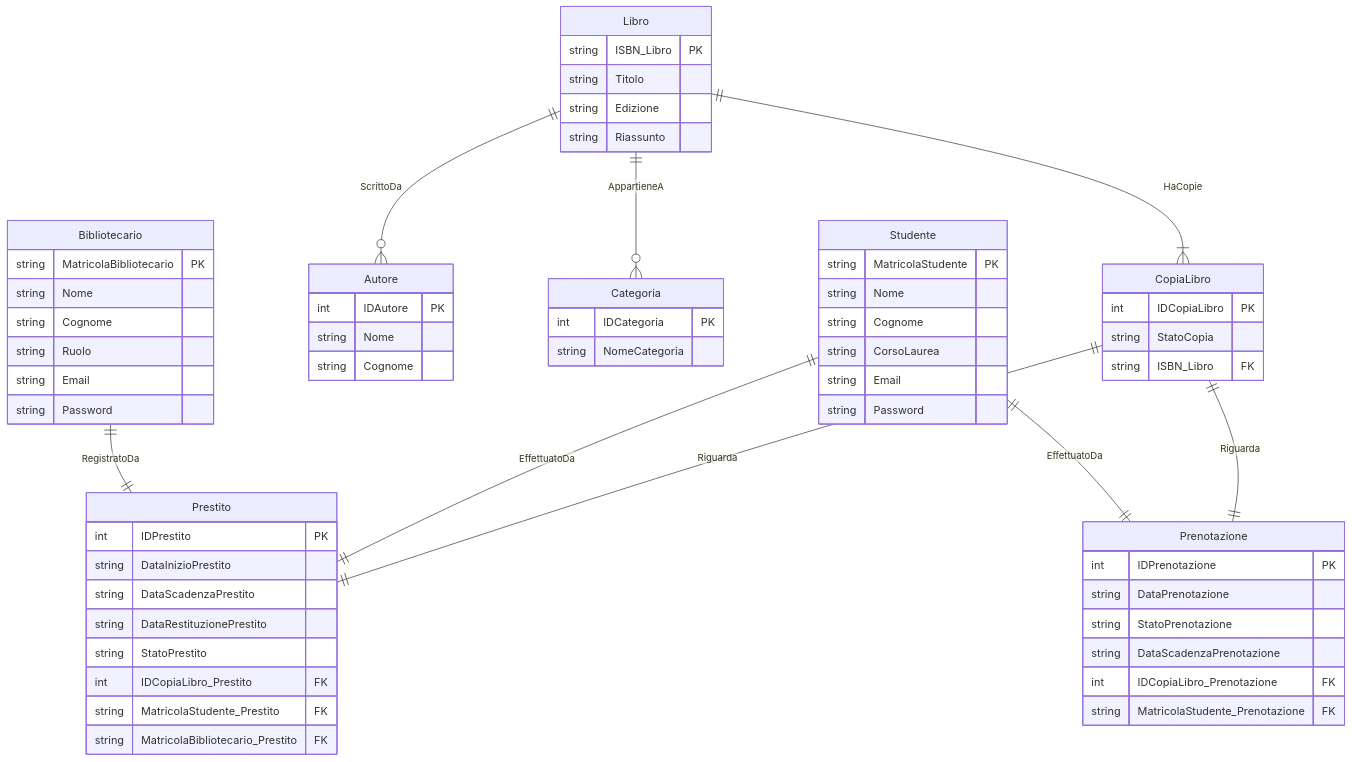
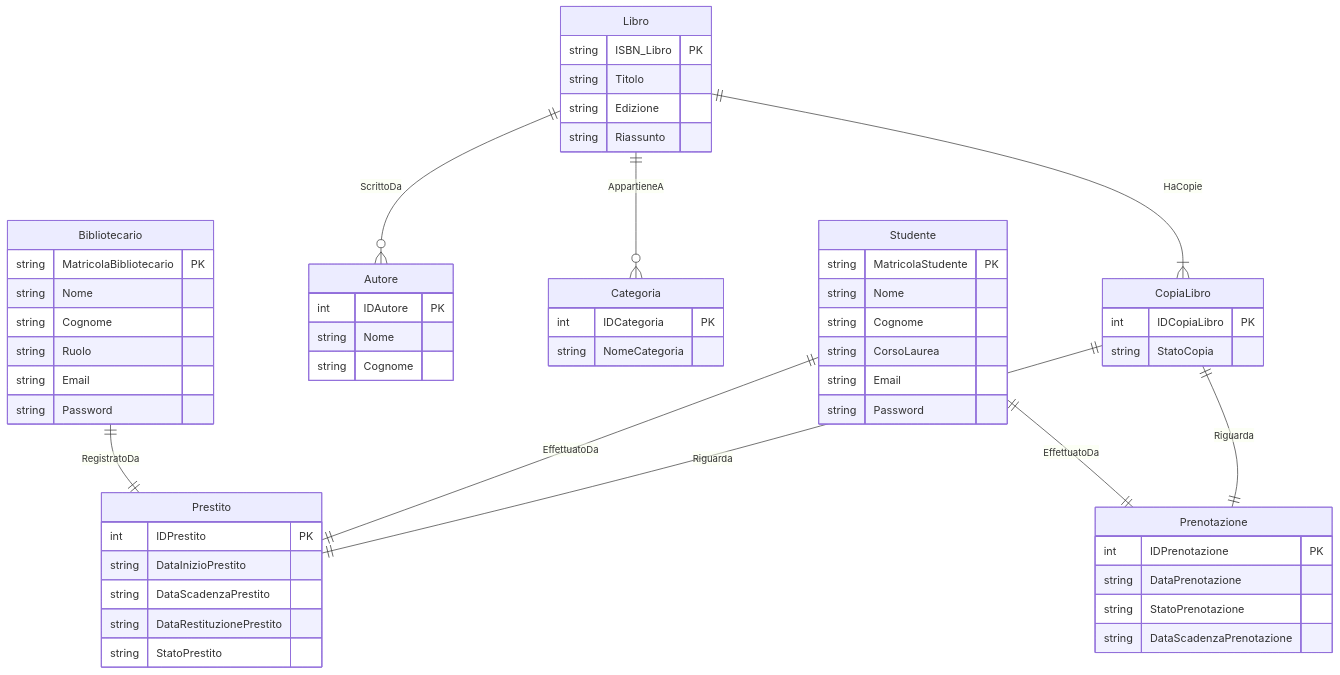
One commit to GreppiDev/Info5IA2425WebDev changed the third of 6 diagrams in rasd/use-cases-er-requirements/index.md. Above: the diagram before and after it, drawn with Mermaid. The commit also changed other lines of this file, not shown here.

````diff
--- a/rasd/use-cases-er-requirements/index.md
+++ b/rasd/use-cases-er-requirements/index.md
@@ -428,66 +429,60 @@
 ```mermaid
 erDiagram
 		Libro {
 				string ISBN_Libro PK
 				string Titolo
 				string Edizione
 				string Riassunto
 		}
 		CopiaLibro {
 				int IDCopiaLibro PK
 				string StatoCopia
-				string ISBN_Libro FK
 		}
 		Autore {
 				int IDAutore PK
 				string Nome
 				string Cognome
 		}
 		Categoria {
 				int IDCategoria PK
 				string NomeCategoria
 		}
 		Studente {
 				string MatricolaStudente PK
 				string Nome
 				string Cognome
 				string CorsoLaurea
 				string Email
 				string Password
 		}
 		Bibliotecario {
 				string MatricolaBibliotecario PK
 				string Nome
 				string Cognome
 				string Ruolo
 				string Email
 				string Password
 		}
 		Prestito {
 				int IDPrestito PK
 				string DataInizioPrestito
 				string DataScadenzaPrestito
 				string DataRestituzionePrestito
 				string StatoPrestito
-				int IDCopiaLibro_Prestito FK
-				string MatricolaStudente_Prestito FK
-				string MatricolaBibliotecario_Prestito FK
 		}
 		Prenotazione {
 				int IDPrenotazione PK
 				string DataPrenotazione
 				string StatoPrenotazione
 				string DataScadenzaPrenotazione
-				int IDCopiaLibro_Prenotazione FK
-				string MatricolaStudente_Prenotazione FK
 		}
 
 		Libro ||--o{ Autore : ScrittoDa
 		Libro ||--o{ Categoria : AppartieneA
 		Libro ||--|{ CopiaLibro : HaCopie
 		CopiaLibro ||--|| Prestito : Riguarda
 		Studente ||--|| Prestito : EffettuatoDa
 		Bibliotecario ||--|| Prestito : RegistratoDa
 		CopiaLibro ||--|| Prenotazione : Riguarda
 		Studente ||--|| Prenotazione : EffettuatoDa
 ```
````
